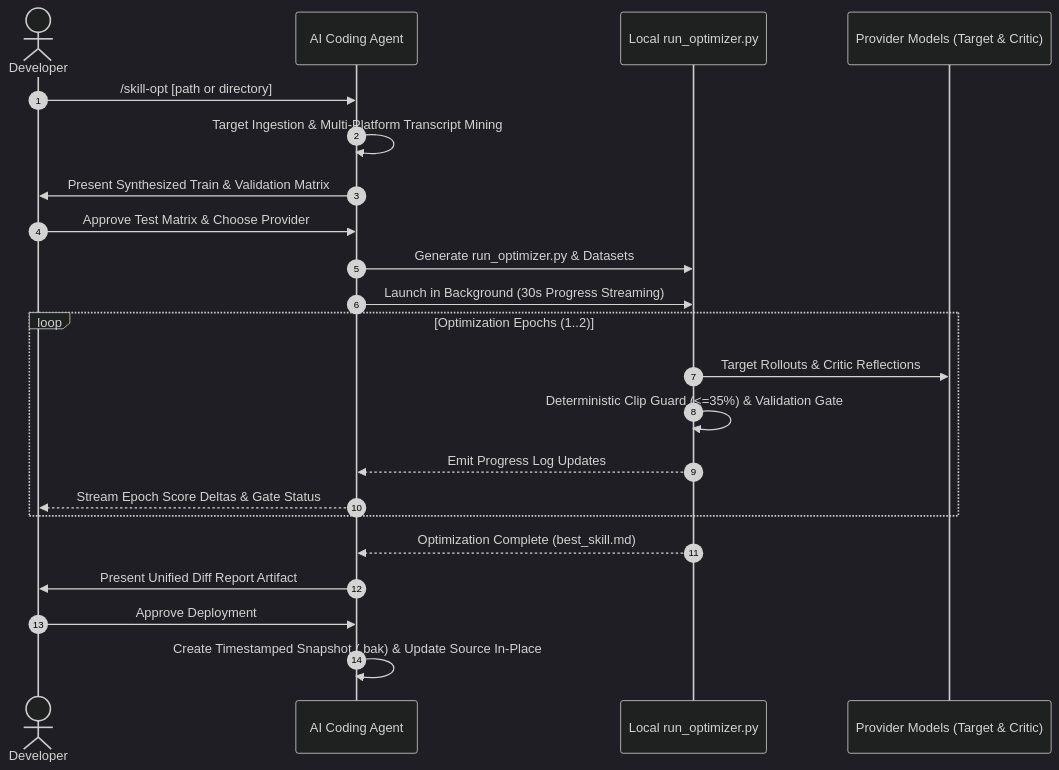
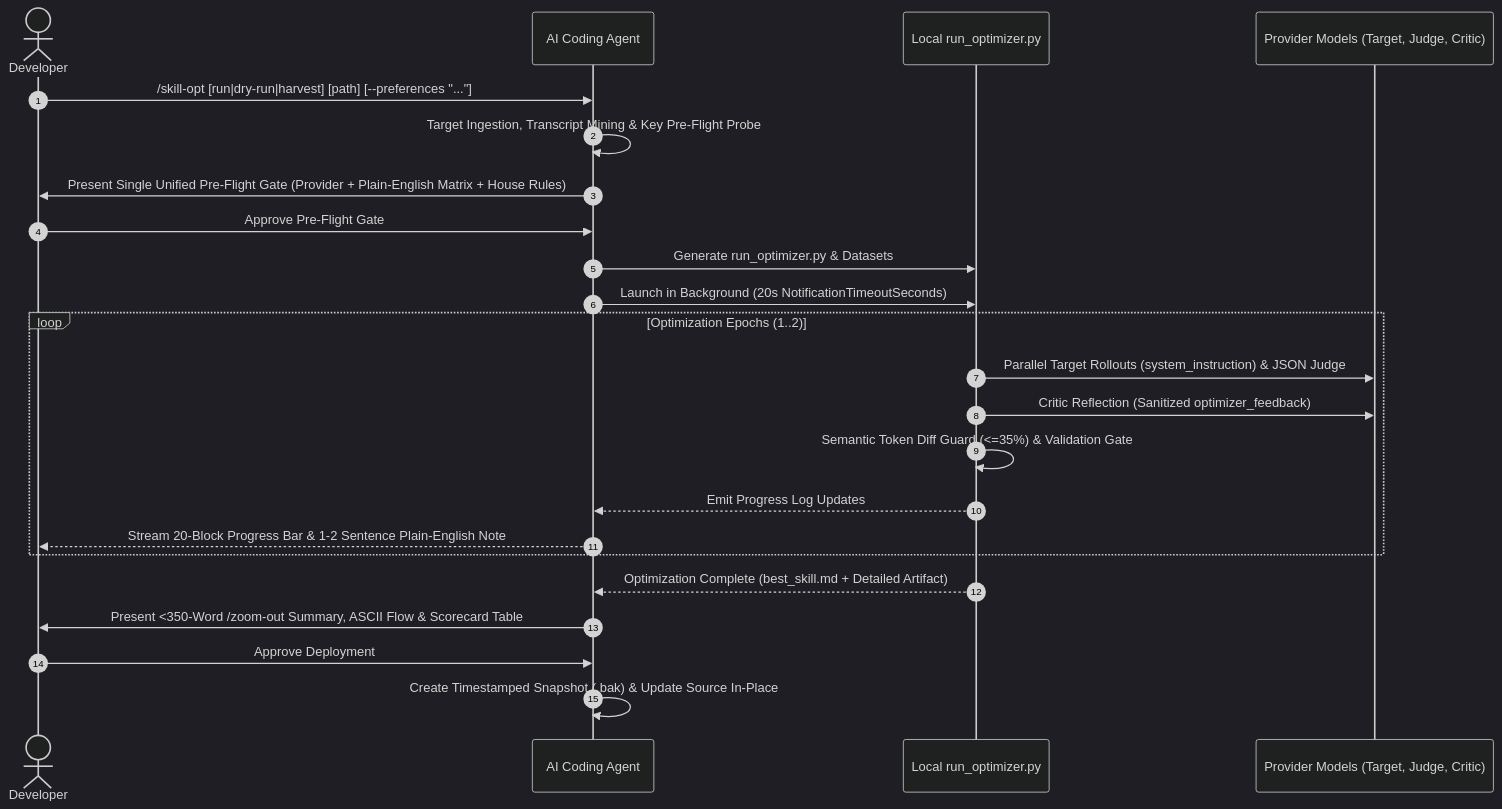
One commit to drinkspiller/skills changed the second of 2 diagrams in skill-opt/README.md. Above: the diagram before and after it, drawn with Mermaid (dark theme). The commit also changed other lines of this file and 3 other files, not shown here.

Commit message:
feat(skill-opt): align Gemini API patterns, add optimizer feedback boundary, and adopt zoom-out reporting

````diff
--- a/skill-opt/README.md
+++ b/skill-opt/README.md
@@ -205,25 +213,26 @@
 ```mermaid
 sequenceDiagram
     autonumber
     actor Dev as Developer
     participant Agent as AI Coding Agent
     participant Harness as Local run_optimizer.py
-    participant LLM as Provider Models (Target & Critic)
+    participant LLM as Provider Models (Target, Judge, Critic)
 
-    Dev->>Agent: /skill-opt [path or directory]
-    Agent->>Agent: Target Ingestion & Multi-Platform Transcript Mining
-    Agent->>Dev: Present Synthesized Train & Validation Matrix
-    Dev->>Agent: Approve Test Matrix & Choose Provider
+    Dev->>Agent: /skill-opt [run|dry-run|harvest] [path] [--preferences "..."]
+    Agent->>Agent: Target Ingestion, Transcript Mining & Key Pre-Flight Probe
+    Agent->>Dev: Present Single Unified Pre-Flight Gate (Provider + Plain-English Matrix + House Rules)
+    Dev->>Agent: Approve Pre-Flight Gate
     Agent->>Harness: Generate run_optimizer.py & Datasets
-    Agent->>Harness: Launch in Background (30s Progress Streaming)
+    Agent->>Harness: Launch in Background (20s NotificationTimeoutSeconds)
     loop Optimization Epochs (1..2)
-        Harness->>LLM: Target Rollouts & Critic Reflections
-        Harness->>Harness: Deterministic Clip Guard (<=35%) & Validation Gate
+        Harness->>LLM: Parallel Target Rollouts (system_instruction) & JSON Judge
+        Harness->>LLM: Critic Reflection (Sanitized optimizer_feedback)
+        Harness->>Harness: Semantic Token Diff Guard (<=35%) & Validation Gate
         Harness-->>Agent: Emit Progress Log Updates
-        Agent-->>Dev: Stream Epoch Score Deltas & Gate Status
+        Agent-->>Dev: Stream 20-Block Progress Bar & 1-2 Sentence Plain-English Note
     end
-    Harness-->>Agent: Optimization Complete (best_skill.md)
-    Agent->>Dev: Present Unified Diff Report Artifact
+    Harness-->>Agent: Optimization Complete (best_skill.md + Detailed Artifact)
+    Agent->>Dev: Present <350-Word /zoom-out Summary, ASCII Flow & Scorecard Table
     Dev->>Agent: Approve Deployment
     Agent->>Agent: Create Timestamped Snapshot (.bak) & Update Source In-Place
 ```
````
